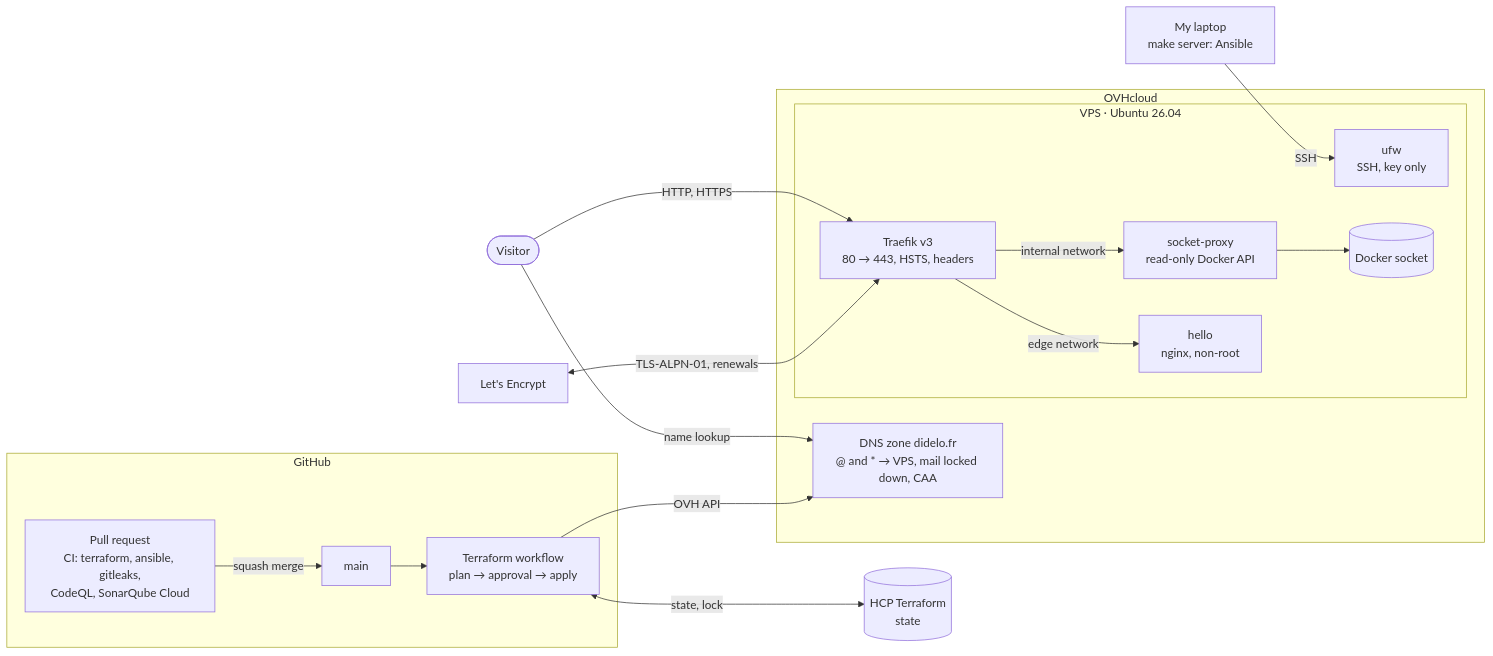
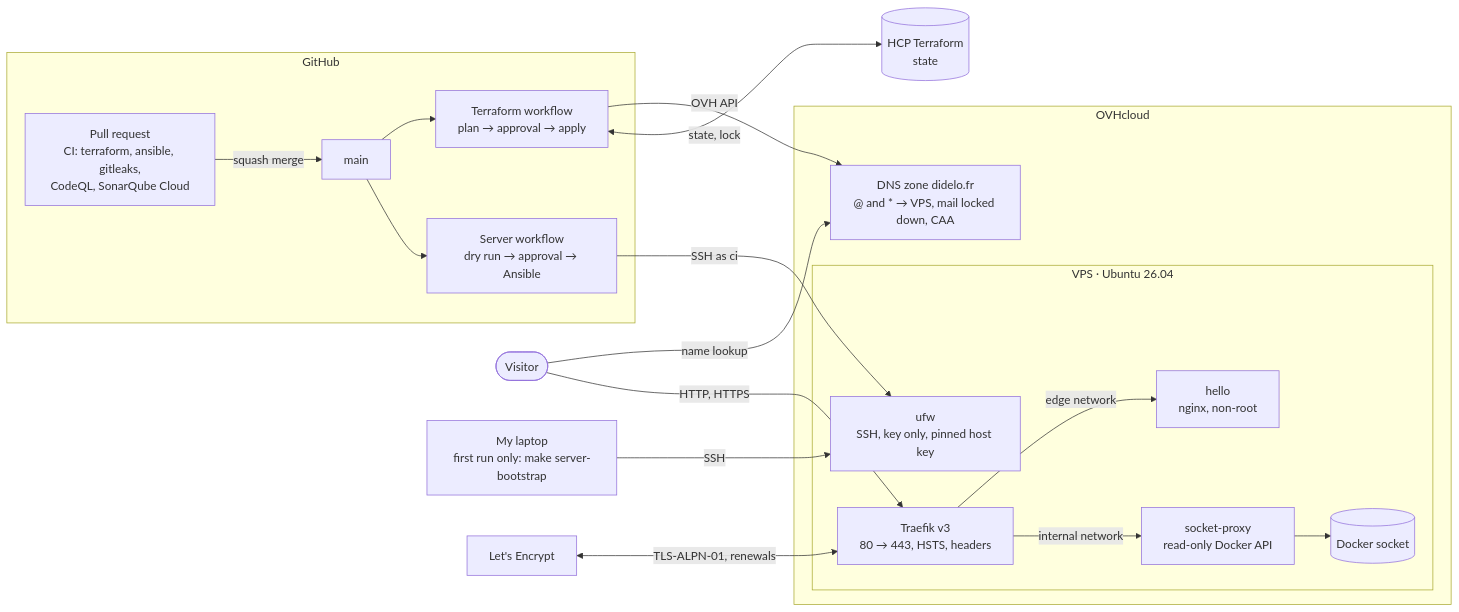
The diagram in README.md (Didelo-lilian/infra), drawn with Mermaid before and after one commit. The commit also changed other lines of this file and 11 other files, not shown here.

First line of the commit message:
ci(server): apply the server configuration from ci after approval (#18)

````diff
--- a/README.md
+++ b/README.md
@@ -22,34 +22,37 @@
 ```mermaid
 flowchart LR
   visitor([Visitor])
-  laptop["My laptop<br/>make server: Ansible"]
+  laptop["My laptop<br/>first run only: make server-bootstrap"]
   le["Let's Encrypt"]
 
   subgraph ovh["OVHcloud"]
     dns["DNS zone didelo.fr<br/>@ and * → VPS, mail locked down, CAA"]
     subgraph vps["VPS · Ubuntu 26.04"]
-      ufw["ufw<br/>SSH, key only"]
+      ufw["ufw<br/>SSH, key only, pinned host key"]
       traefik["Traefik v3<br/>80 → 443, HSTS, headers"]
       proxy["socket-proxy<br/>read-only Docker API"]
       sock[("Docker socket")]
       hello["hello<br/>nginx, non-root"]
     end
   end
 
   subgraph gh["GitHub"]
     pr["Pull request<br/>CI: terraform, ansible, gitleaks,<br/>CodeQL, SonarQube Cloud"]
     main["main"]
     tfwf["Terraform workflow<br/>plan → approval → apply"]
+    srvwf["Server workflow<br/>dry run → approval → Ansible"]
   end
   hcp[("HCP Terraform<br/>state")]
 
   visitor -->|"name lookup"| dns
   visitor -->|"HTTP, HTTPS"| traefik
   traefik -->|"edge network"| hello
   traefik -->|"internal network"| proxy --> sock
   le <-->|"TLS-ALPN-01, renewals"| traefik
   laptop -->|"SSH"| ufw
   pr -->|"squash merge"| main --> tfwf
+  main --> srvwf
+  srvwf -->|"SSH as ci"| ufw
   tfwf -->|"OVH API"| dns
   tfwf <-->|"state, lock"| hcp
 ```
````
